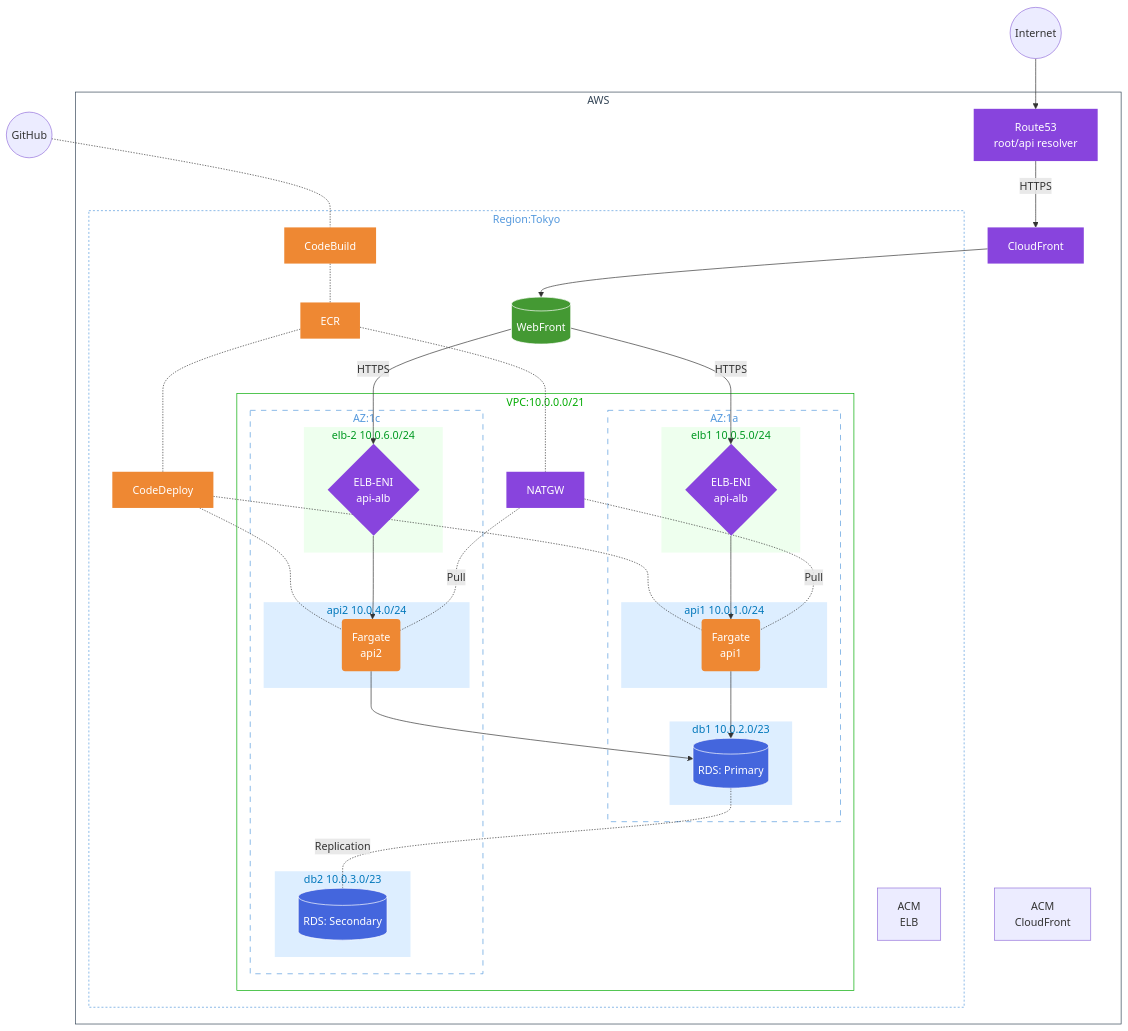
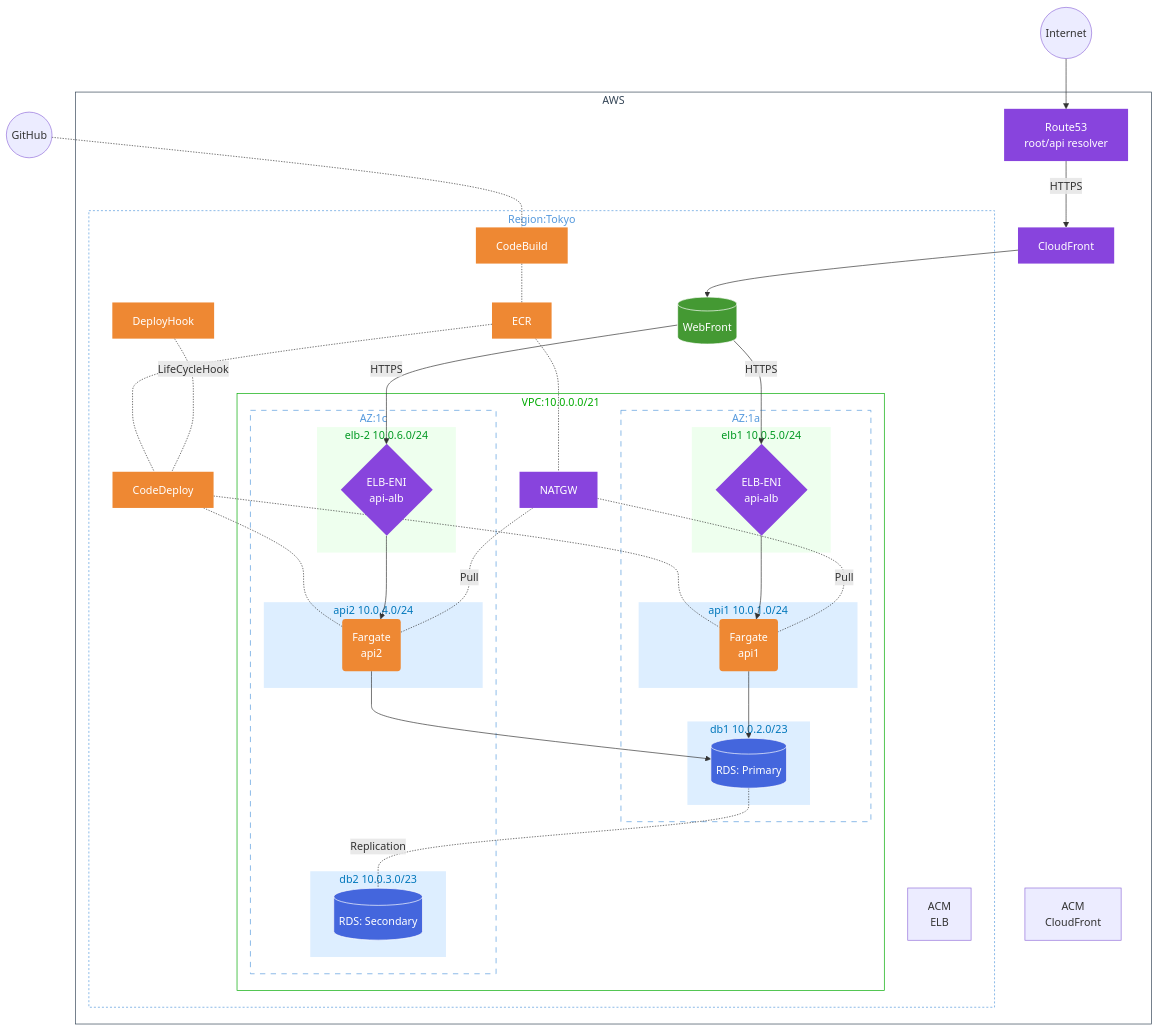
The diagram in README.md (kuma8088/ct_sprints_iimura), drawn with Mermaid before and after one commit. The commit also changed other lines of this file and 2 other files, not shown here.

```diff
--- a/README.md
+++ b/README.md
@@ -31,6 +31,7 @@
     ECR[ECR]
     CDP[CodeBuild]
     CDB[CodeDeploy]
+    LMD[DeployHook]
     subgraph GV[VPC:10.0.0.0/21]
       NW3[NATGW]
       subgraph GA[AZ:1a]
@@ -79,6 +80,7 @@
 ECR -.- NW3
 NW3 -.-|Pull| CP2
 NW3 -.-|Pull| CP3
+LMD -.- |LifeCycleHook|CDB
 
 
 %%---スタイルの設定---
@@ -118,7 +120,7 @@
 
 %%Compute関連のスタイル
 classDef SCP fill:#e83,color:#fff,stroke:none
-class CP1,CP2,CP3,ECR,CDB,CDP SCP
+class CP1,CP2,CP3,ECR,CDB,CDP,LMD SCP
 
 %%DB関連のスタイル
 classDef SDB fill:#46d,color:#fff,stroke:#fff
```
